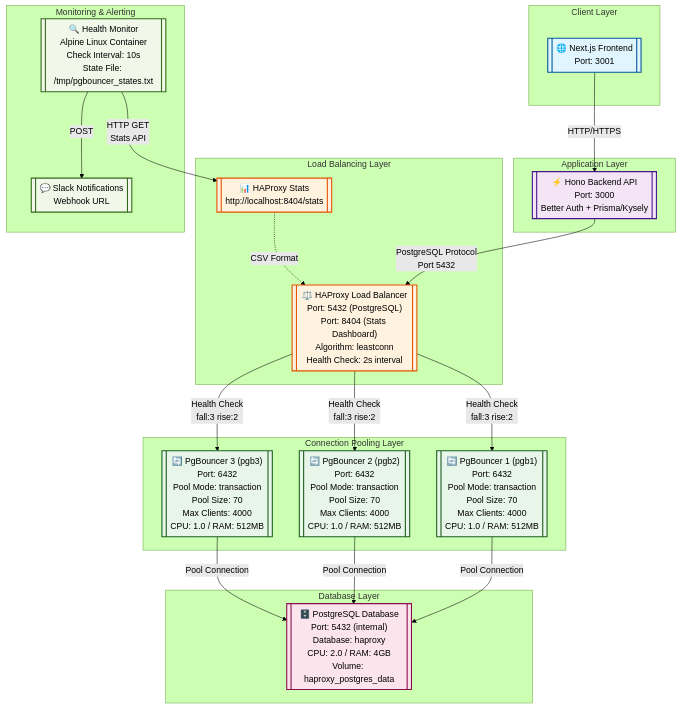
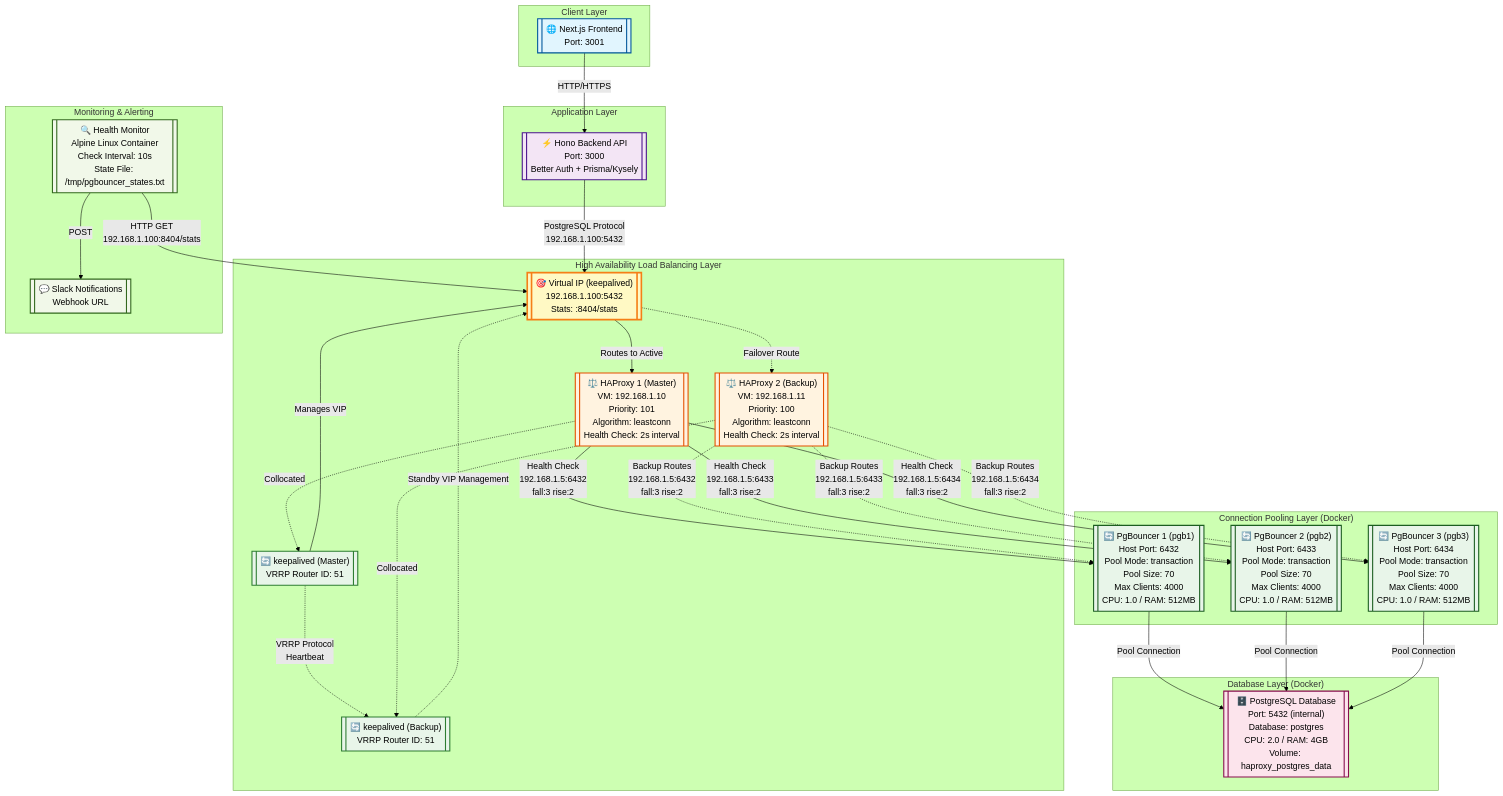
One commit to RutamBhagat/haproxy changed the diagram in apps/server/docs/architecture-diagram.md. Above: the diagram before and after it, drawn with Mermaid (forest theme).

Commit message:
refactor: update architecture diagram for HAProxy and PgBouncer configuration

```diff
--- a/apps/server/docs/architecture-diagram.md
+++ b/apps/server/docs/architecture-diagram.md
@@ -10,19 +10,22 @@
         API[["⚡ Hono Backend API<br/>Port: 3000<br/>Better Auth + Prisma/Kysely"]]
     end
 
-    subgraph "Load Balancing Layer"
-        HAPROXY[["⚖️ HAProxy Load Balancer<br/>Port: 5432 (PostgreSQL)<br/>Port: 8404 (Stats Dashboard)<br/>Algorithm: leastconn<br/>Health Check: 2s interval"]]
-        STATS[["📊 HAProxy Stats<br/>http://localhost:8404/stats"]]
+    subgraph "High Availability Load Balancing Layer"
+        VIP[["🎯 Virtual IP (keepalived)<br/>192.168.1.100:5432<br/>Stats: :8404/stats"]]
+        HAPROXY1[["⚖️ HAProxy 1 (Master)<br/>VM: 192.168.1.10<br/>Priority: 101<br/>Algorithm: leastconn<br/>Health Check: 2s interval"]]
+        HAPROXY2[["⚖️ HAProxy 2 (Backup)<br/>VM: 192.168.1.11<br/>Priority: 100<br/>Algorithm: leastconn<br/>Health Check: 2s interval"]]
+        KEEPALIVED1[["🔄 keepalived (Master)<br/>VRRP Router ID: 51"]]
+        KEEPALIVED2[["🔄 keepalived (Backup)<br/>VRRP Router ID: 51"]]
     end
 
-    subgraph "Connection Pooling Layer"
-        PGB1[["🔄 PgBouncer 1 (pgb1)<br/>Port: 6432<br/>Pool Mode: transaction<br/>Pool Size: 70<br/>Max Clients: 4000<br/>CPU: 1.0 / RAM: 512MB"]]
-        PGB2[["🔄 PgBouncer 2 (pgb2)<br/>Port: 6432<br/>Pool Mode: transaction<br/>Pool Size: 70<br/>Max Clients: 4000<br/>CPU: 1.0 / RAM: 512MB"]]
-        PGB3[["🔄 PgBouncer 3 (pgb3)<br/>Port: 6432<br/>Pool Mode: transaction<br/>Pool Size: 70<br/>Max Clients: 4000<br/>CPU: 1.0 / RAM: 512MB"]]
+    subgraph "Connection Pooling Layer (Docker)"
+        PGB1[["🔄 PgBouncer 1 (pgb1)<br/>Host Port: 6432<br/>Pool Mode: transaction<br/>Pool Size: 70<br/>Max Clients: 4000<br/>CPU: 1.0 / RAM: 512MB"]]
+        PGB2[["🔄 PgBouncer 2 (pgb2)<br/>Host Port: 6433<br/>Pool Mode: transaction<br/>Pool Size: 70<br/>Max Clients: 4000<br/>CPU: 1.0 / RAM: 512MB"]]
+        PGB3[["🔄 PgBouncer 3 (pgb3)<br/>Host Port: 6434<br/>Pool Mode: transaction<br/>Pool Size: 70<br/>Max Clients: 4000<br/>CPU: 1.0 / RAM: 512MB"]]
     end
 
-    subgraph "Database Layer"
-        DB[["🗄️ PostgreSQL Database<br/>Port: 5432 (internal)<br/>Database: haproxy<br/>CPU: 2.0 / RAM: 4GB<br/>Volume: haproxy_postgres_data"]]
+    subgraph "Database Layer (Docker)"
+        DB[["🗄️ PostgreSQL Database<br/>Port: 5432 (internal)<br/>Database: postgres<br/>CPU: 2.0 / RAM: 4GB<br/>Volume: haproxy_postgres_data"]]
     end
 
     subgraph "Monitoring & Alerting"
@@ -32,12 +35,27 @@
 
     %% Client connections
     WEB -->|HTTP/HTTPS| API
-    API -->|PostgreSQL Protocol<br/>Port 5432| HAPROXY
+    API -->|PostgreSQL Protocol<br/>192.168.1.100:5432| VIP
 
-    %% HAProxy routing
-    HAPROXY -->|Health Check<br/>fall:3 rise:2| PGB1
-    HAPROXY -->|Health Check<br/>fall:3 rise:2| PGB2
-    HAPROXY -->|Health Check<br/>fall:3 rise:2| PGB3
+    %% Virtual IP routing to active HAProxy
+    VIP -->|Routes to Active| HAPROXY1
+    VIP -.->|Failover Route| HAPROXY2
+
+    %% keepalived management
+    KEEPALIVED1 -.->|VRRP Protocol<br/>Heartbeat| KEEPALIVED2
+    KEEPALIVED1 -->|Manages VIP| VIP
+    KEEPALIVED2 -.->|Standby VIP Management| VIP
+    HAPROXY1 -.->|Collocated| KEEPALIVED1
+    HAPROXY2 -.->|Collocated| KEEPALIVED2
+
+    %% HAProxy routing to PgBouncer
+    HAPROXY1 -->|Health Check<br/>192.168.1.5:6432<br/>fall:3 rise:2| PGB1
+    HAPROXY1 -->|Health Check<br/>192.168.1.5:6433<br/>fall:3 rise:2| PGB2
+    HAPROXY1 -->|Health Check<br/>192.168.1.5:6434<br/>fall:3 rise:2| PGB3
+    
+    HAPROXY2 -.->|Backup Routes<br/>192.168.1.5:6432<br/>fall:3 rise:2| PGB1
+    HAPROXY2 -.->|Backup Routes<br/>192.168.1.5:6433<br/>fall:3 rise:2| PGB2
+    HAPROXY2 -.->|Backup Routes<br/>192.168.1.5:6434<br/>fall:3 rise:2| PGB3
     
     %% PgBouncer to PostgreSQL
     PGB1 -->|Pool Connection| DB
@@ -45,21 +63,24 @@
     PGB3 -->|Pool Connection| DB
 
     %% Monitoring connections
-    MONITOR -->|HTTP GET<br/>Stats API| STATS
-    STATS -.->|CSV Format| HAPROXY
+    MONITOR -->|HTTP GET<br/>192.168.1.100:8404/stats| VIP
     MONITOR -->|POST| SLACK
 
     %% Styling
     classDef client fill:#e1f5fe,stroke:#01579b,stroke-width:2px
     classDef app fill:#f3e5f5,stroke:#4a148c,stroke-width:2px
+    classDef vip fill:#fff9c4,stroke:#f57f17,stroke-width:3px
     classDef lb fill:#fff3e0,stroke:#e65100,stroke-width:2px
+    classDef keepalived fill:#e8f5e9,stroke:#2e7d32,stroke-width:2px
     classDef pool fill:#e8f5e9,stroke:#1b5e20,stroke-width:2px
     classDef db fill:#fce4ec,stroke:#880e4f,stroke-width:2px
     classDef monitor fill:#f1f8e9,stroke:#33691e,stroke-width:2px
 
     class WEB client
     class API app
-    class HAPROXY,STATS lb
+    class VIP vip
+    class HAPROXY1,HAPROXY2 lb
+    class KEEPALIVED1,KEEPALIVED2 keepalived
     class PGB1,PGB2,PGB3 pool
     class DB db
     class MONITOR,SLACK monitor
```
